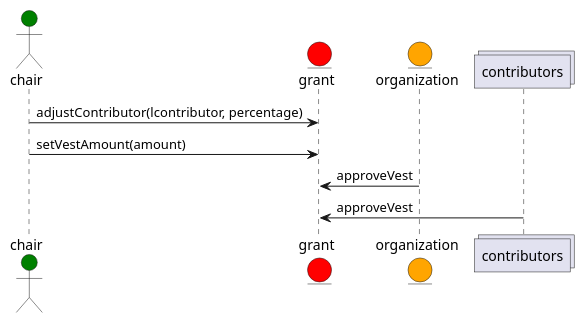
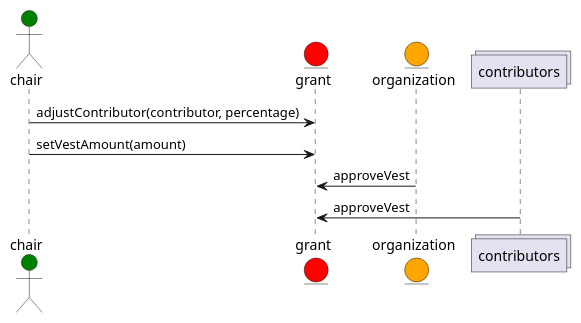
Before and after one commit to EntEthAlliance/EEA-Trusted-Reward-Token: the second of 3 diagrams in ttf/grant-flow.md, drawn with PlantUML. The commit also changed other lines of this file and 3 other files, not shown here.

````diff
--- a/ttf/grant-flow.md
+++ b/ttf/grant-flow.md
@@ -39,13 +39,13 @@
 ```plantuml
 @startuml component
     actor chair #green
     entity grant #red
     entity organization #orange
     collections contributors
 
-    chair ->  grant: adjustContributor(lcontributor, percentage)
+    chair ->  grant: adjustContributor(contributor, percentage)
     chair -> grant: setVestAmount(amount)
     organization -> grant: approveVest
     contributors -> grant: approveVest
 @enduml
 ```
````
